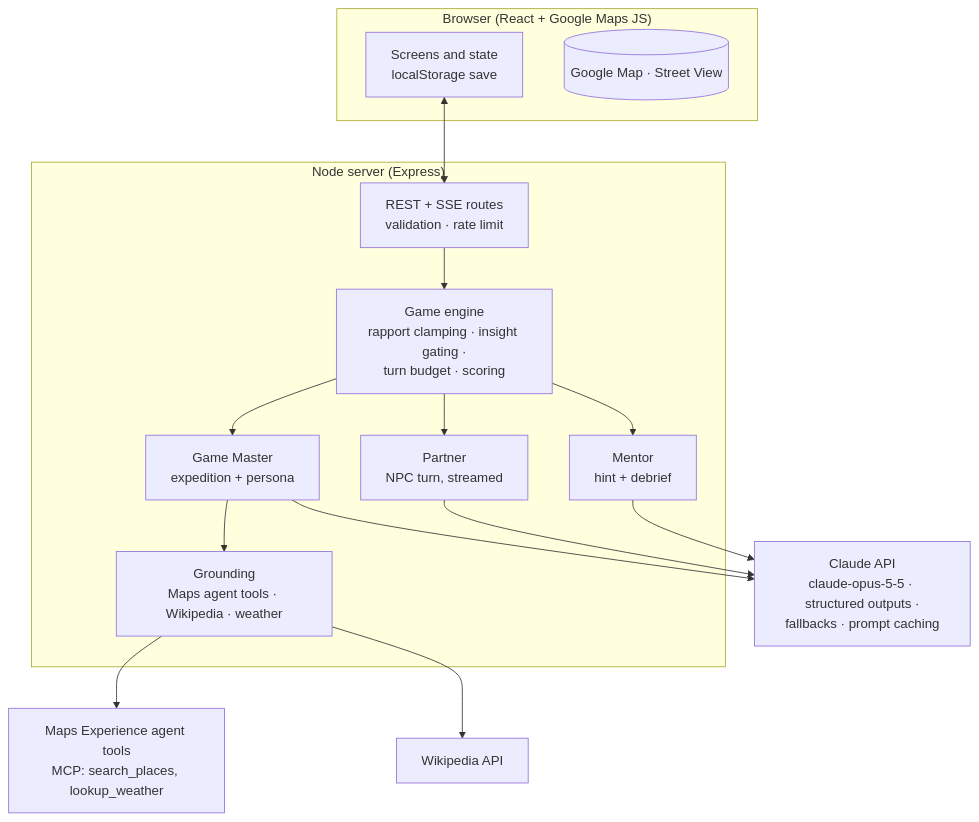
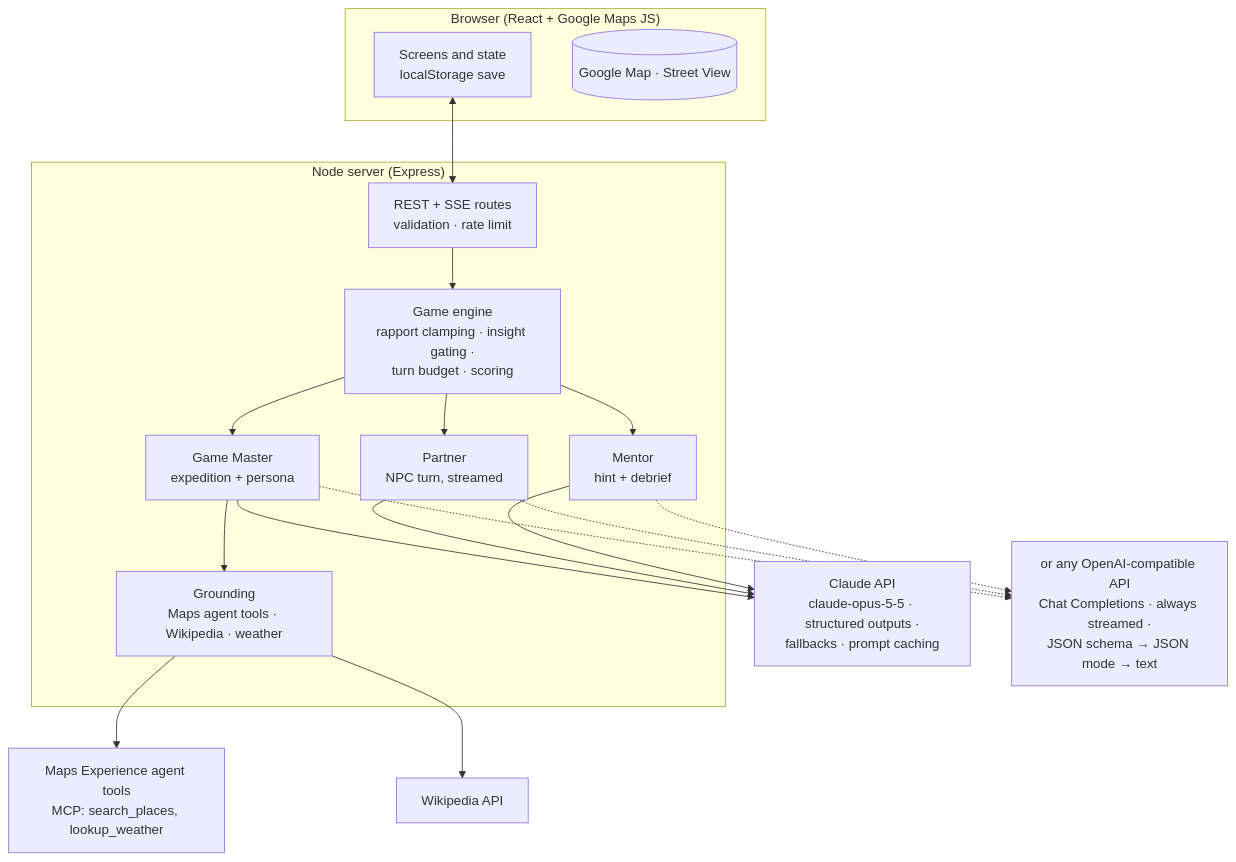
One commit to sloth-os/life changed the second of 2 diagrams in docs/DESIGN.md. Above: the diagram before and after it, drawn with Mermaid. The commit also changed other lines of this file and 1 other file, not shown here.

````diff
--- a/docs/DESIGN.md
+++ b/docs/DESIGN.md
@@ -156,24 +156,26 @@
 ```mermaid
 flowchart TB
   subgraph Client["Browser (React + Google Maps JS)"]
     UI[Screens and state<br/>localStorage save]
     GM[(Google Map · Street View)]
   end
   subgraph Server["Node server (Express)"]
     R[REST + SSE routes<br/>validation · rate limit]
     ENG[Game engine<br/>rapport clamping · insight gating ·<br/>turn budget · scoring]
     GMSTER[Game Master<br/>expedition + persona]
     PART[Partner<br/>NPC turn, streamed]
     MENT[Mentor<br/>hint + debrief]
     GRD[Grounding<br/>Maps agent tools · Wikipedia · weather]
   end
   CL[Claude API<br/>claude-opus-5-5 · structured outputs ·<br/>fallbacks · prompt caching]
+  OAI[or any OpenAI-compatible API<br/>Chat Completions · always streamed ·<br/>JSON schema → JSON mode → text]
   MAPS[Maps Experience agent tools<br/>MCP: search_places, lookup_weather]
   WIKI[Wikipedia API]
   UI <--> R
   R --> ENG
   ENG --> GMSTER & PART & MENT
   GMSTER --> GRD
   GRD --> MAPS & WIKI
   GMSTER & PART & MENT --> CL
+  GMSTER & PART & MENT -.-> OAI
 ```
````
